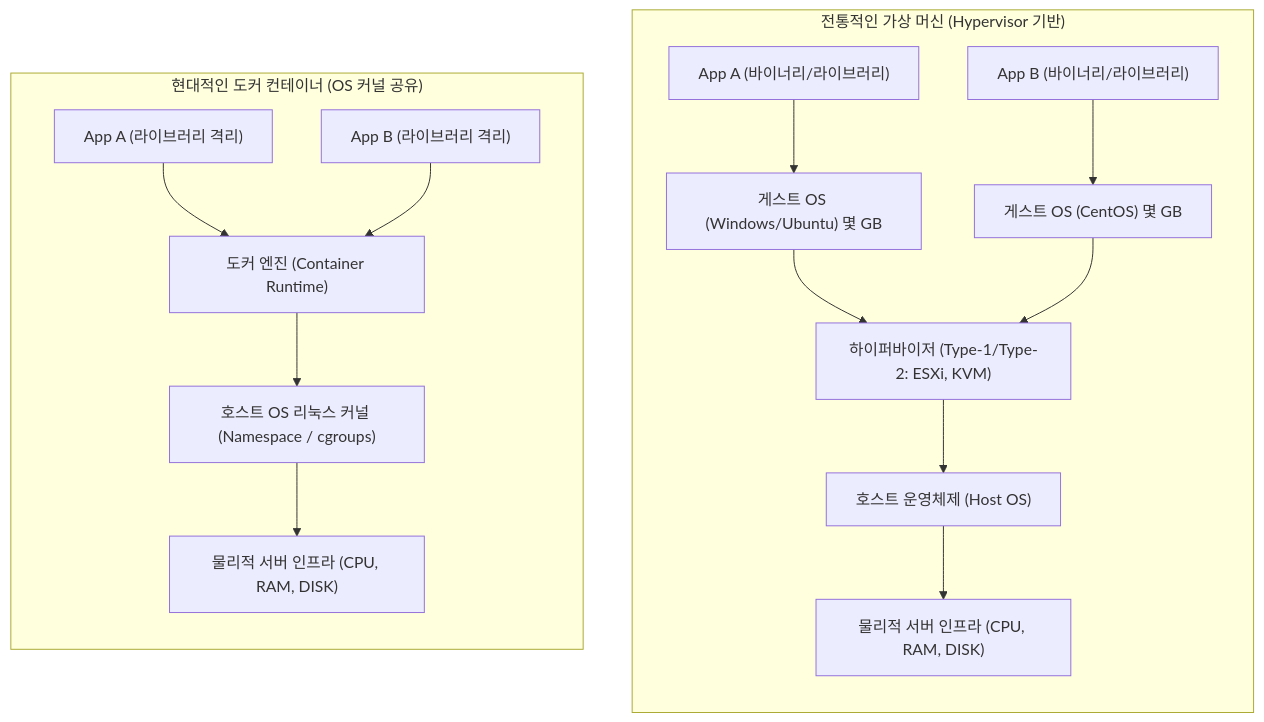
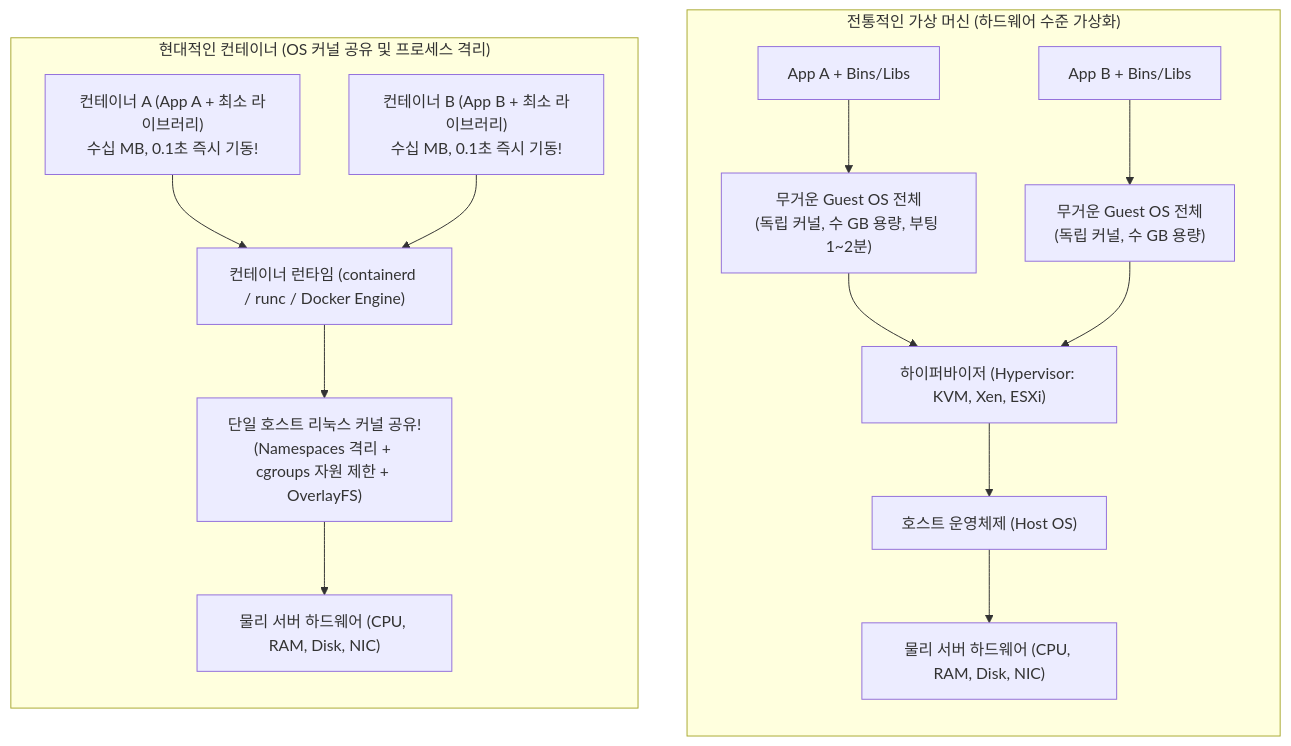
One commit to keimania/tech-notes changed diagram 12 of 26 in 10_클라우드_빅데이터_인공지능.md. Above: the diagram before and after it, drawn with Mermaid. The commit also changed other lines of this file and 12 other files, not shown here.

````diff
--- a/10_클라우드_빅데이터_인공지능.md
+++ b/10_클라우드_빅데이터_인공지능.md
@@ -674,32 +801,30 @@
 ```mermaid
 flowchart TD
-    subgraph VM_Arch["전통적인 가상 머신 (Hypervisor 기반)"]
+    subgraph VM_Arch["전통적인 가상 머신 (하드웨어 수준 가상화)"]
         direction TB
-        App1["App A (바이너리/라이브러리)"]
-        GOS1["게스트 OS (Windows/Ubuntu) 몇 GB"]
-        App2["App B (바이너리/라이브러리)"]
-        GOS2["게스트 OS (CentOS) 몇 GB"]
-        Hyp["하이퍼바이저 (Type-1/Type-2: ESXi, KVM)"]
+        V_App1["App A + Bins/Libs"]
+        V_GOS1["무거운 Guest OS 전체\n(독립 커널, 수 GB 용량, 부팅 1~2분)"]
+        V_App2["App B + Bins/Libs"]
+        V_GOS2["무거운 Guest OS 전체\n(독립 커널, 수 GB 용량)"]
+        Hyp["하이퍼바이저 (Hypervisor: KVM, Xen, ESXi)"]
         HostOS1["호스트 운영체제 (Host OS)"]
-        HW1["물리적 서버 인프라 (CPU, RAM, DISK)"]
+        HW1["물리 서버 하드웨어 (CPU, RAM, Disk, NIC)"]
         
-        App1 --> GOS1
-        App2 --> GOS2
-        GOS1 --> Hyp
-        GOS2 --> Hyp
+        V_App1 --> V_GOS1 --> Hyp
+        V_App2 --> V_GOS2 --> Hyp
         Hyp --> HostOS1 --> HW1
     end
 
-    subgraph Docker_Arch["현대적인 도커 컨테이너 (OS 커널 공유)"]
+    subgraph Container_Arch["현대적인 컨테이너 (OS 커널 공유 및 프로세스 격리)"]
         direction TB
-        CApp1["App A (라이브러리 격리)"]
-        CApp2["App B (라이브러리 격리)"]
-        Docker["도커 엔진 (Container Runtime)"]
-        Kernel["호스트 OS 리눅스 커널 (Namespace / cgroups)"]
-        HW2["물리적 서버 인프라 (CPU, RAM, DISK)"]
+        C_App1["컨테이너 A (App A + 최소 라이브러리)\n수십 MB, 0.1초 즉시 기동!"]
+        C_App2["컨테이너 B (App B + 최소 라이브러리)\n수십 MB, 0.1초 즉시 기동!"]
+        Runtime["컨테이너 런타임 (containerd / runc / Docker Engine)"]
+        Kernel["단일 호스트 리눅스 커널 공유!\n(Namespaces 격리 + cgroups 자원 제한 + OverlayFS)"]
+        HW2["물리 서버 하드웨어 (CPU, RAM, Disk, NIC)"]
 
-        CApp1 --> Docker
-        CApp2 --> Docker
-        Docker --> Kernel --> HW2
+        C_App1 --> Runtime
+        C_App2 --> Runtime
+        Runtime --> Kernel --> HW2
     end
 ```
````
